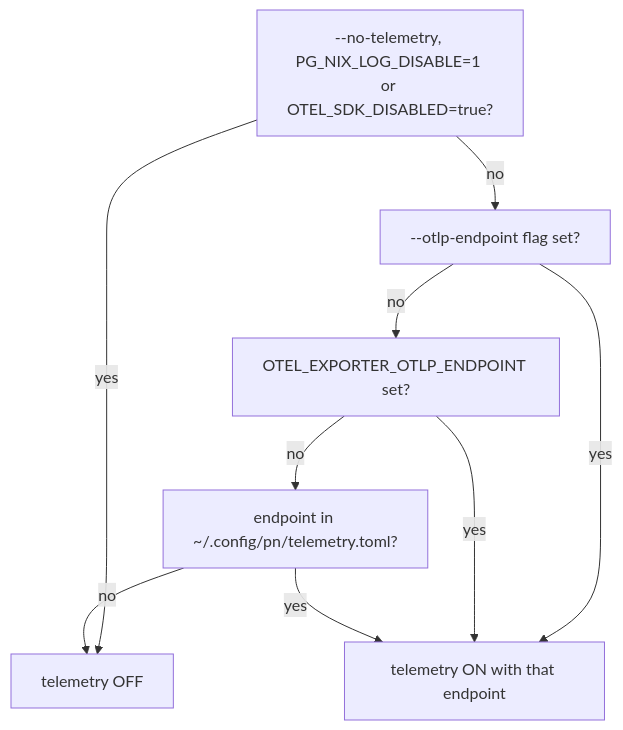
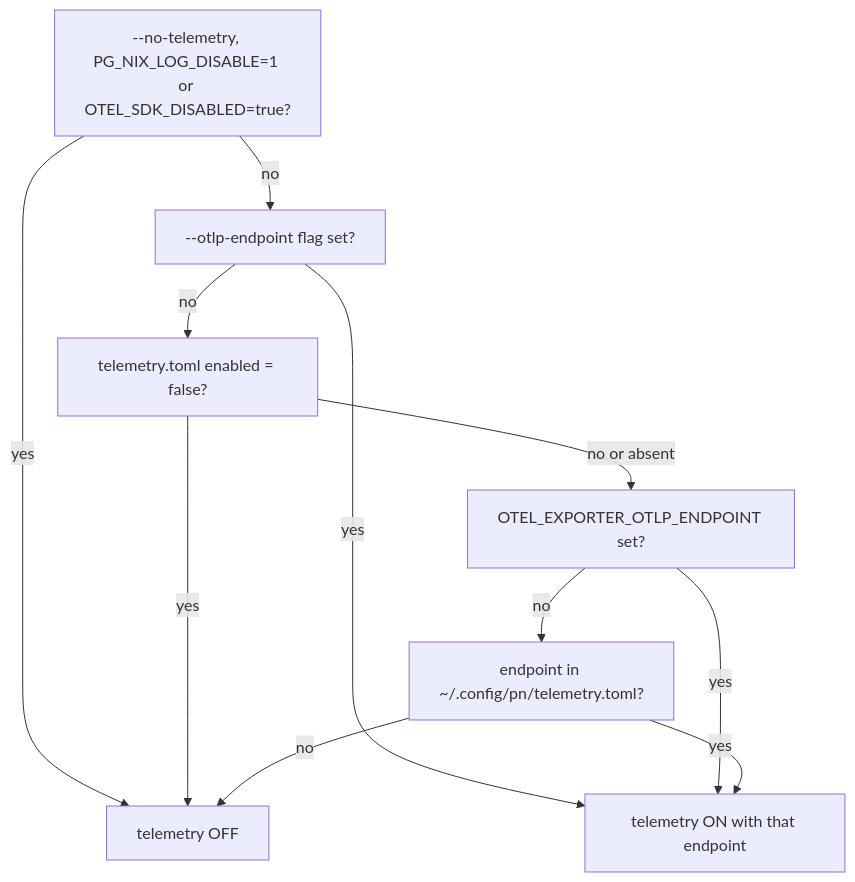
One commit to phillipgreenii/nix-repo-base changed the diagram in modules/pn/README.md. Above: the diagram before and after it, drawn with Mermaid. The commit also changed other lines of this file and 17 other files, not shown here.

First line of the commit message:
pn telemetry: runtime enabled key in telemetry.toml; always install the wrapper

````diff
--- a/modules/pn/README.md
+++ b/modules/pn/README.md
@@ -15,11 +19,13 @@
 ```mermaid
 flowchart TD
   A["--no-telemetry, PG_NIX_LOG_DISABLE=1 or OTEL_SDK_DISABLED=true?"] -->|yes| OFF["telemetry OFF"]
   A -->|no| B["--otlp-endpoint flag set?"]
   B -->|yes| ON["telemetry ON with that endpoint"]
-  B -->|no| C["OTEL_EXPORTER_OTLP_ENDPOINT set?"]
+  B -->|no| X["telemetry.toml enabled = false?"]
+  X -->|yes| OFF
+  X -->|no or absent| C["OTEL_EXPORTER_OTLP_ENDPOINT set?"]
   C -->|yes| ON
   C -->|no| D["endpoint in ~/.config/pn/telemetry.toml?"]
   D -->|yes| ON
   D -->|no| OFF
 ```
````
